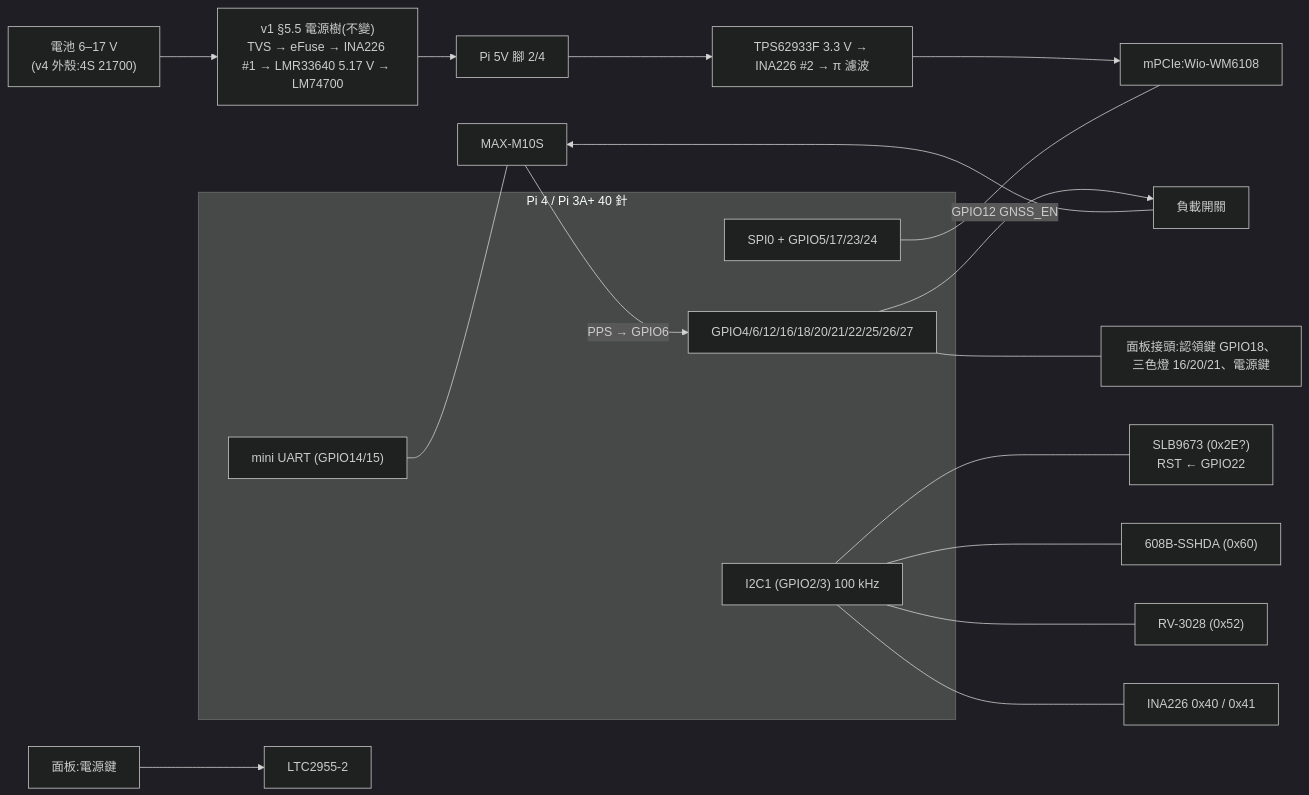
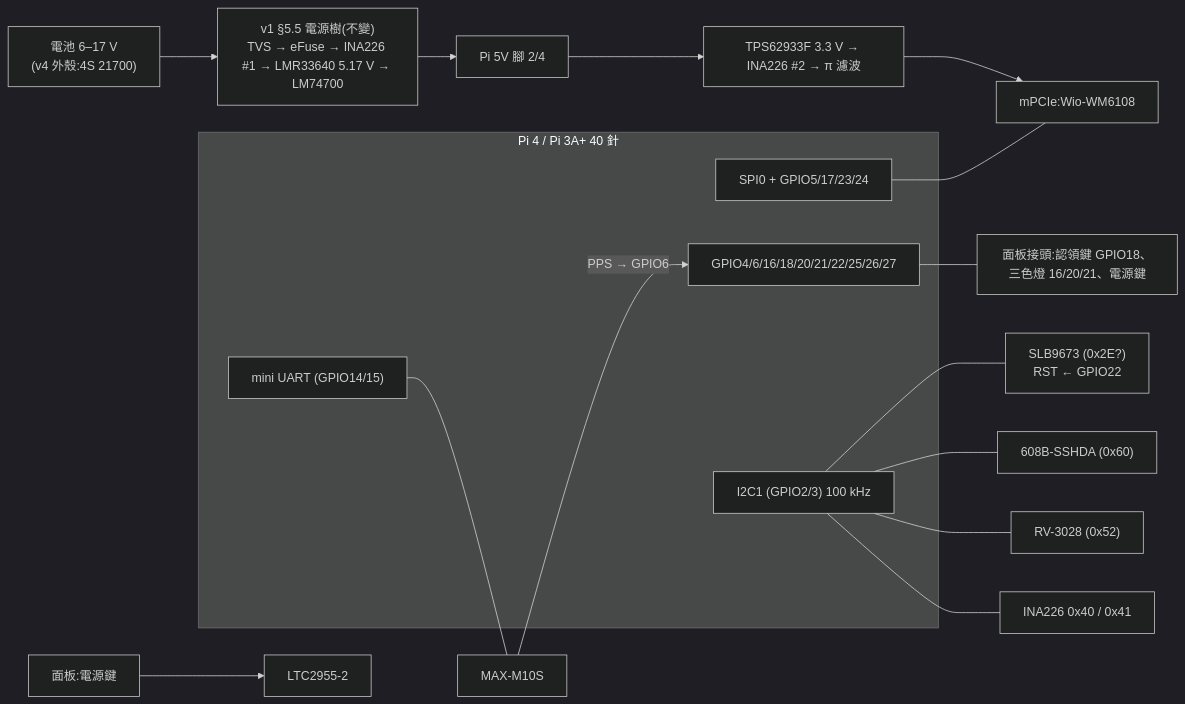
The diagram in docs/design/hat-v2-spec.md (winson3QQ/Batman), drawn with Mermaid (dark theme) before and after one commit. The commit also changed other lines of this file and 1 other file, not shown here.

````diff
--- a/docs/design/hat-v2-spec.md
+++ b/docs/design/hat-v2-spec.md
@@ -71,22 +70,21 @@
 ```mermaid
 flowchart LR
   BAT["電池 6–17 V<br/>(v4 外殼:4S 21700)"] --> PWR["v1 §5.5 電源樹(不變)<br/>TVS → eFuse → INA226 #1 → LMR33640 5.17 V → LM74700"]
   PWR --> PI5V["Pi 5V 腳 2/4"]
   PI5V --> BUCK33["TPS62933F 3.3 V → INA226 #2 → π 濾波"] --> MPCIE["mPCIe:Wio-WM6108"]
   PB["面板:電源鍵"] --> LTC["LTC2955-2"]
   subgraph PI["Pi 4 / Pi 3A+ 40 針"]
     SPI0["SPI0 + GPIO5/17/23/24"]
     I2C1["I2C1 (GPIO2/3) 100 kHz"]
     MU["mini UART (GPIO14/15)"]
-    G["GPIO4/6/12/16/18/20/21/22/25/26/27"]
+    G["GPIO4/6/16/18/20/21/22/25/26/27"]
   end
   SPI0 --- MPCIE
   I2C1 --- TPM["SLB9673 (0x2E?)<br/>RST ← GPIO22"]
   I2C1 --- SE["608B-SSHDA (0x60)"]
   I2C1 --- RTC["RV-3028 (0x52)"]
   I2C1 --- INA["INA226 0x40 / 0x41"]
   MU --- GNSS["MAX-M10S"]
-  G -->|GPIO12 GNSS_EN| GSW["負載開關"] --> GNSS
   GNSS -->|PPS → GPIO6| G
   G --- PANEL["面板接頭:認領鍵 GPIO18、三色燈 16/20/21、電源鍵"]
 ```
````
